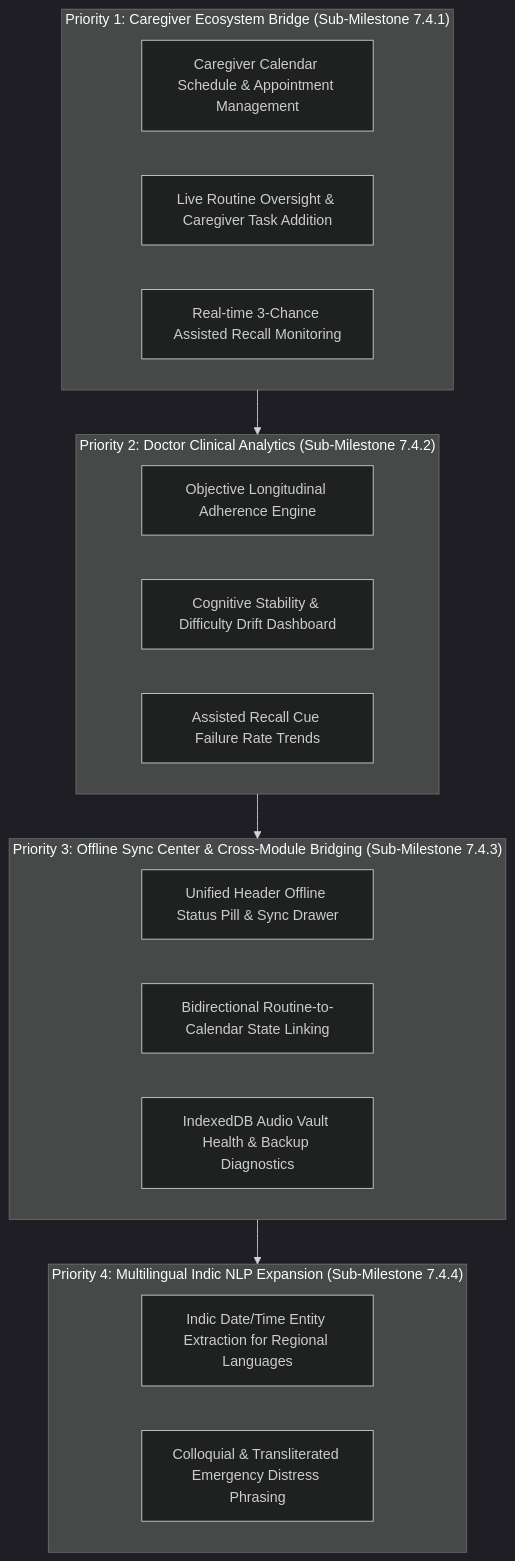
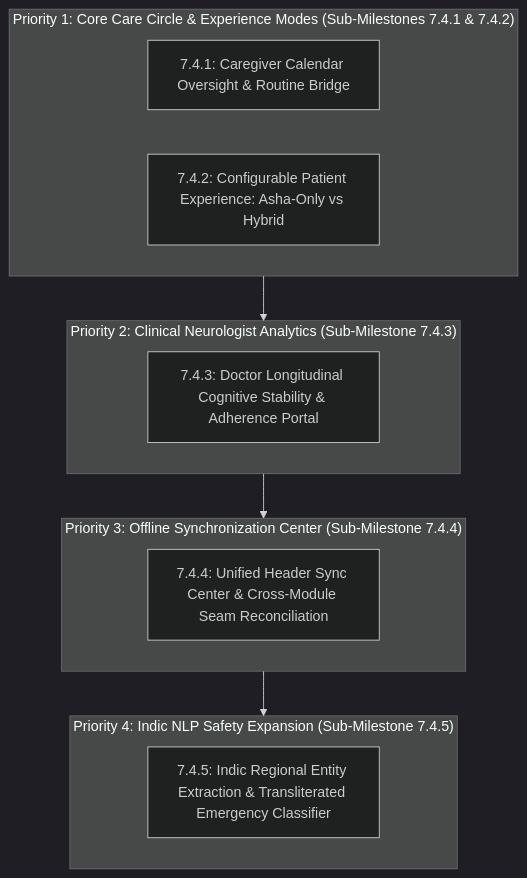
One commit to TrishnaBapna/Saksham changed the first of 2 diagrams in docs/product-vision/MILESTONE_7_4_ROADMAP_AND_IMPLEMENTATION_PLAN.md. Above: the diagram before and after it, drawn with Mermaid (dark theme). The commit also changed other lines of this file, not shown here.

Commit message:
docs(roadmap): integrate dual-mode asha-only and hybrid patient experience evaluation into milestone 7.4 plan

````diff
--- a/docs/product-vision/MILESTONE_7_4_ROADMAP_AND_IMPLEMENTATION_PLAN.md
+++ b/docs/product-vision/MILESTONE_7_4_ROADMAP_AND_IMPLEMENTATION_PLAN.md
@@ -137,26 +262,20 @@
 ```mermaid
 flowchart TD
-    subgraph P1["Priority 1: Caregiver Ecosystem Bridge (Sub-Milestone 7.4.1)"]
-        A1["Caregiver Calendar Schedule & Appointment Management"]
-        A2["Live Routine Oversight & Caregiver Task Addition"]
-        A3["Real-time 3-Chance Assisted Recall Monitoring"]
+    subgraph P1["Priority 1: Core Care Circle & Experience Modes (Sub-Milestones 7.4.1 & 7.4.2)"]
+        A1["7.4.1: Caregiver Calendar Oversight & Routine Bridge"]
+        A2["7.4.2: Configurable Patient Experience: Asha-Only vs Hybrid"]
     end
-    subgraph P2["Priority 2: Doctor Clinical Analytics (Sub-Milestone 7.4.2)"]
-        B1["Objective Longitudinal Adherence Engine"]
-        B2["Cognitive Stability & Difficulty Drift Dashboard"]
-        B3["Assisted Recall Cue Failure Rate Trends"]
+    subgraph P2["Priority 2: Clinical Neurologist Analytics (Sub-Milestone 7.4.3)"]
+        B1["7.4.3: Doctor Longitudinal Cognitive Stability & Adherence Portal"]
     end
-    subgraph P3["Priority 3: Offline Sync Center & Cross-Module Bridging (Sub-Milestone 7.4.3)"]
-        C1["Unified Header Offline Status Pill & Sync Drawer"]
-        C2["Bidirectional Routine-to-Calendar State Linking"]
-        C3["IndexedDB Audio Vault Health & Backup Diagnostics"]
+    subgraph P3["Priority 3: Offline Synchronization Center (Sub-Milestone 7.4.4)"]
+        C1["7.4.4: Unified Header Sync Center & Cross-Module Seam Reconciliation"]
     end
-    subgraph P4["Priority 4: Multilingual Indic NLP Expansion (Sub-Milestone 7.4.4)"]
-        D1["Indic Date/Time Entity Extraction for Regional Languages"]
-        D2["Colloquial & Transliterated Emergency Distress Phrasing"]
+    subgraph P4["Priority 4: Indic NLP Safety Expansion (Sub-Milestone 7.4.5)"]
+        D1["7.4.5: Indic Regional Entity Extraction & Transliterated Emergency Classifier"]
     end
 
     P1 --> P2
     P2 --> P3
     P3 --> P4
 ```
````
